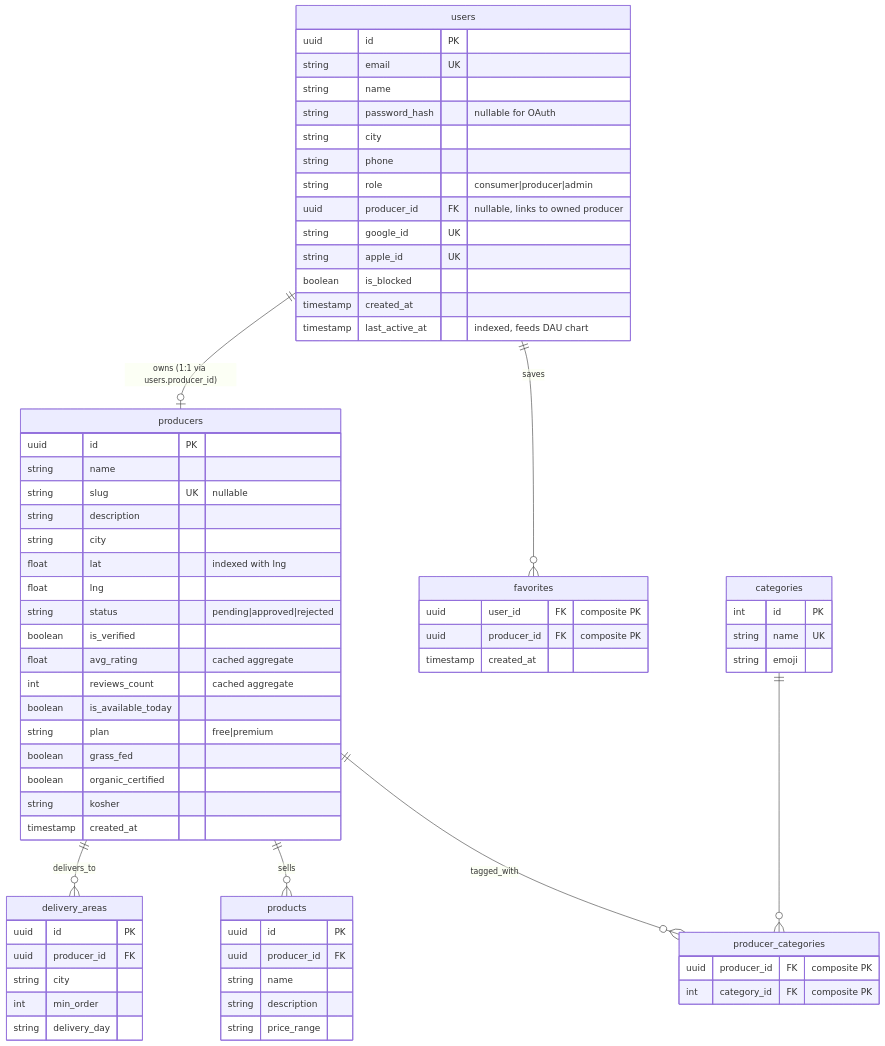
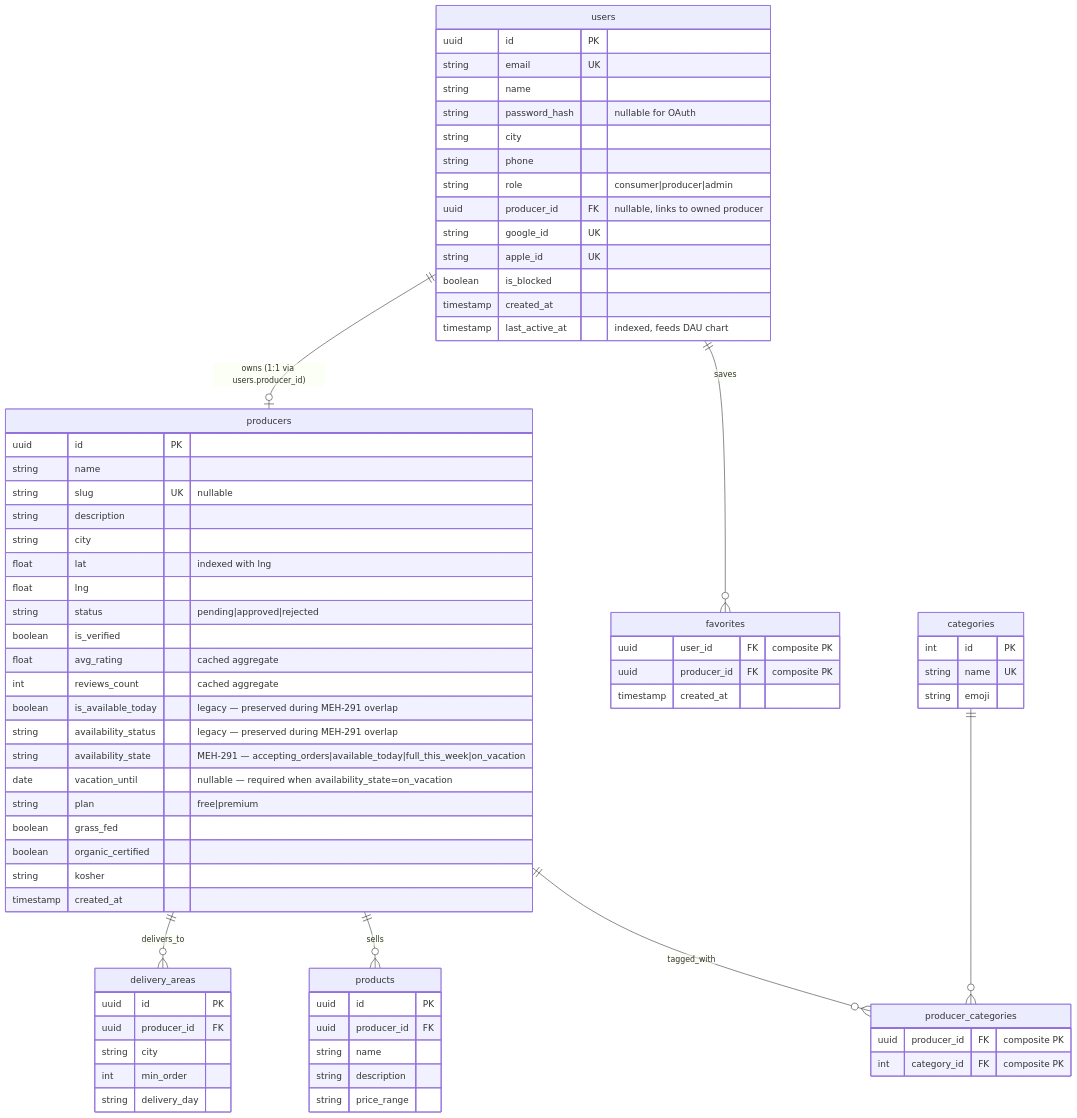
Before and after one commit to levismadar80-ship-it/FoodMamkor: the first of 4 diagrams in .ai/diagrams/db-schema.md, drawn with Mermaid. The commit also changed 9 other files, not shown here.

````diff
--- a/.ai/diagrams/db-schema.md
+++ b/.ai/diagrams/db-schema.md
@@ -15,78 +15,81 @@
 ```mermaid
 erDiagram
     users ||--o{ favorites : "saves"
     users ||--o| producers : "owns (1:1 via users.producer_id)"
     producers ||--o{ producer_categories : "tagged_with"
     producers ||--o{ products : "sells"
     producers ||--o{ delivery_areas : "delivers_to"
     categories ||--o{ producer_categories : ""
 
     users {
         uuid id PK
         string email UK
         string name
         string password_hash "nullable for OAuth"
         string city
         string phone
         string role "consumer|producer|admin"
         uuid producer_id FK "nullable, links to owned producer"
         string google_id UK
         string apple_id UK
         boolean is_blocked
         timestamp created_at
         timestamp last_active_at "indexed, feeds DAU chart"
     }
 
     producers {
         uuid id PK
         string name
         string slug UK "nullable"
         string description
         string city
         float lat "indexed with lng"
         float lng
         string status "pending|approved|rejected"
         boolean is_verified
         float avg_rating "cached aggregate"
         int reviews_count "cached aggregate"
-        boolean is_available_today
+        boolean is_available_today "legacy — preserved during MEH-291 overlap"
+        string availability_status "legacy — preserved during MEH-291 overlap"
+        string availability_state "MEH-291 — accepting_orders|available_today|full_this_week|on_vacation"
+        date vacation_until "nullable — required when availability_state=on_vacation"
         string plan "free|premium"
         boolean grass_fed
         boolean organic_certified
         string kosher
         timestamp created_at
     }
 
     categories {
         int id PK
         string name UK
         string emoji
     }
 
     products {
         uuid id PK
         uuid producer_id FK
         string name
         string description
         string price_range
     }
 
     delivery_areas {
         uuid id PK
         uuid producer_id FK
         string city
         int min_order
         string delivery_day
     }
 
     favorites {
         uuid user_id FK "composite PK"
         uuid producer_id FK "composite PK"
         timestamp created_at
     }
 
     producer_categories {
         uuid producer_id FK "composite PK"
         int category_id FK "composite PK"
     }
 ```
````
